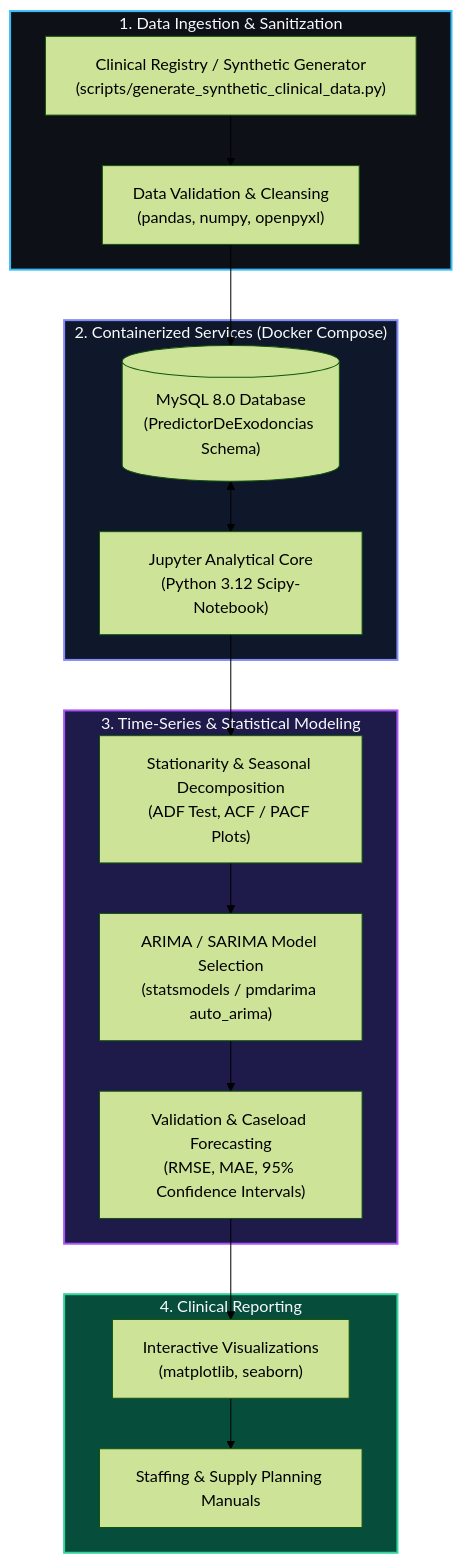
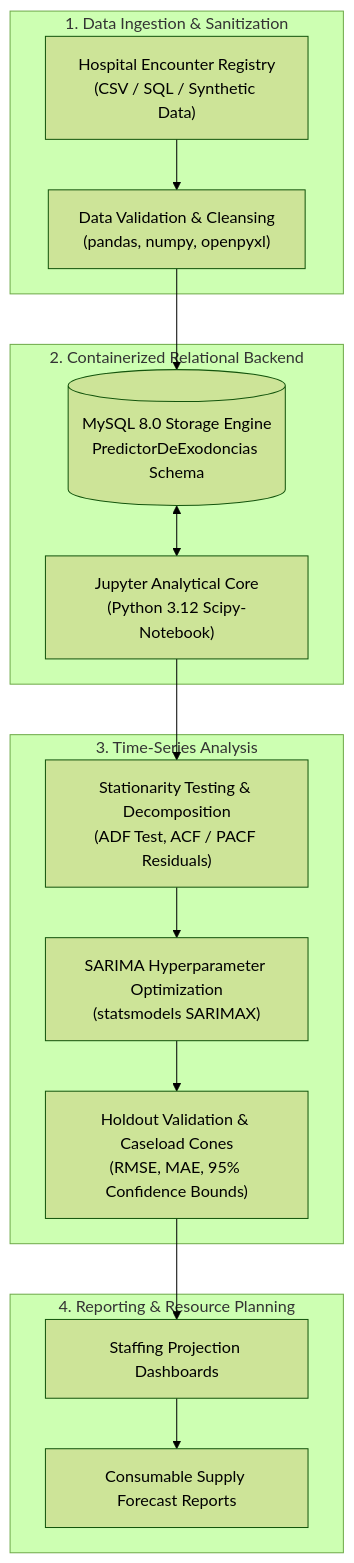
The diagram in README.md (DrCiroSmith/internado-investigacion), drawn with Mermaid (forest theme) before and after one commit. The commit also changed other lines of this file and 8 other files, not shown here.

Commit message:
feat: add SARIMA statistical pipeline, walk-forward animation, diagnostic figures, and summary report

````diff
--- a/README.md
+++ b/README.md
@@ -28,27 +36,22 @@
 ```mermaid
 flowchart TD
-    subgraph Ingestion["1. Data Ingestion & Sanitization"]
-        A["Clinical Registry / Synthetic Generator<br/>(scripts/generate_synthetic_clinical_data.py)"] --> B["Data Validation & Cleansing<br/>(pandas, numpy, openpyxl)"]
+    subgraph S1["1. Data Ingestion & Sanitization"]
+        A["Hospital Encounter Registry<br/>(CSV / SQL / Synthetic Data)"] --> B["Data Validation & Cleansing<br/>(pandas, numpy, openpyxl)"]
     end
 
-    subgraph Container["2. Containerized Services (Docker Compose)"]
-        B --> C[("MySQL 8.0 Database<br/>(PredictorDeExodoncias Schema)")]
+    subgraph S2["2. Containerized Relational Backend"]
+        B --> C[("MySQL 8.0 Storage Engine<br/>PredictorDeExodoncias Schema")]
         C <--> D["Jupyter Analytical Core<br/>(Python 3.12 Scipy-Notebook)"]
     end
 
-    subgraph Modeling["3. Time-Series & Statistical Modeling"]
-        D --> E["Stationarity & Seasonal Decomposition<br/>(ADF Test, ACF / PACF Plots)"]
-        E --> F["ARIMA / SARIMA Model Selection<br/>(statsmodels / pmdarima auto_arima)"]
-        F --> G["Validation & Caseload Forecasting<br/>(RMSE, MAE, 95% Confidence Intervals)"]
+    subgraph S3["3. Time-Series Analysis"]
+        D --> E["Stationarity Testing & Decomposition<br/>(ADF Test, ACF / PACF Residuals)"]
+        E --> F["SARIMA Hyperparameter Optimization<br/>(statsmodels SARIMAX)"]
+        F --> G["Holdout Validation & Caseload Cones<br/>(RMSE, MAE, 95% Confidence Bounds)"]
     end
 
-    subgraph Output["4. Clinical Reporting"]
-        G --> H["Interactive Visualizations<br/>(matplotlib, seaborn)"]
-        H --> I["Staffing & Supply Planning Manuals"]
+    subgraph S4["4. Reporting & Resource Planning"]
+        G --> H["Staffing Projection Dashboards"]
+        H --> I["Consumable Supply Forecast Reports"]
     end
-
-    style Ingestion fill:#0d1117,stroke:#38bdf8,stroke-width:2px,color:#f8fafc
-    style Container fill:#0f172a,stroke:#818cf8,stroke-width:2px,color:#f8fafc
-    style Modeling fill:#1e1b4b,stroke:#a855f7,stroke-width:2px,color:#f8fafc
-    style Output fill:#064e3b,stroke:#34d399,stroke-width:2px,color:#f8fafc
 ```
````
